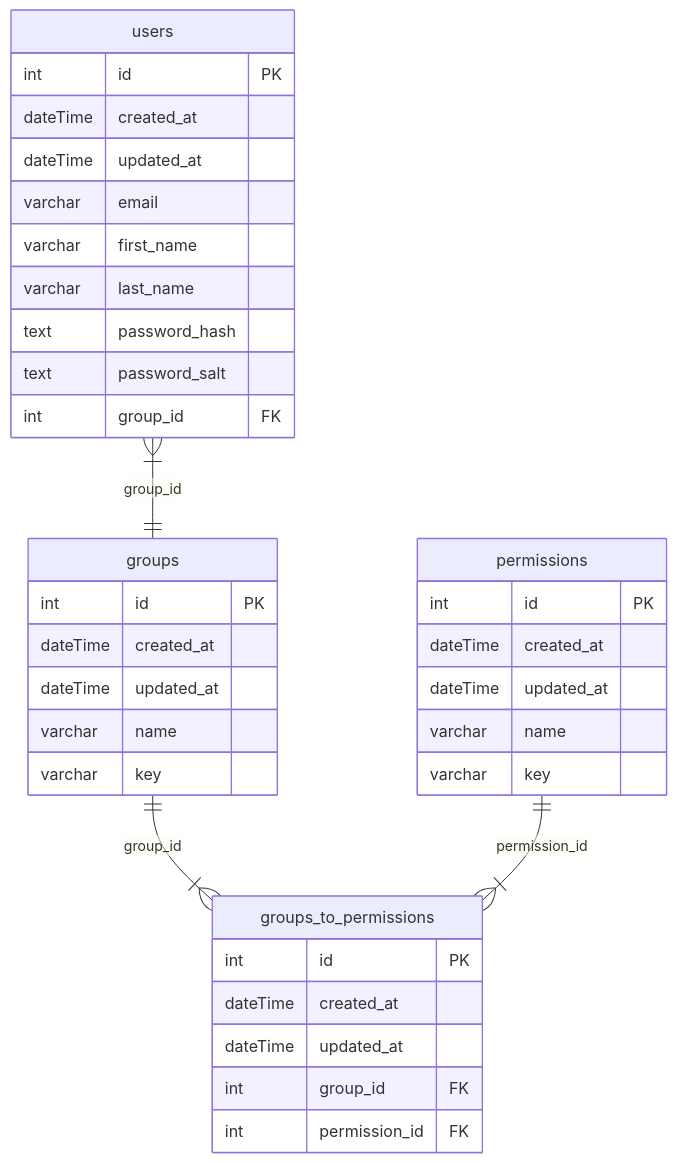
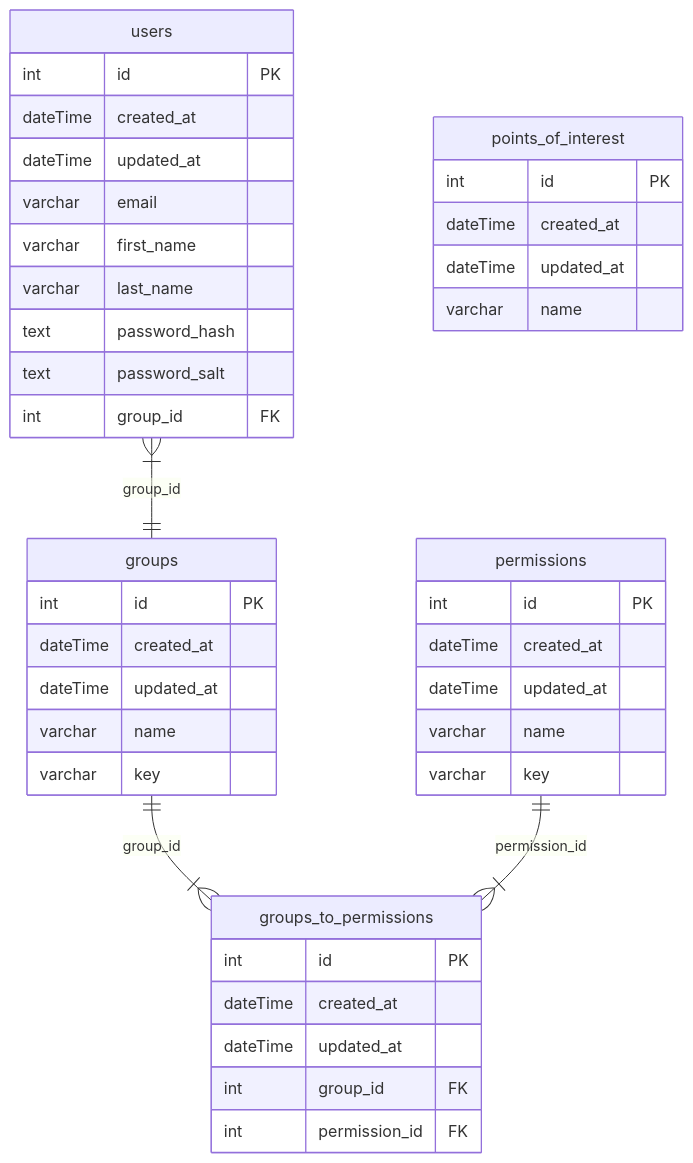
One commit to h4vefundieyoung/smartscapes changed the diagram in readme.md. Above: the diagram before and after it, drawn with Mermaid. The commit also changed 35 other files, not shown here.

````diff
--- a/readme.md
+++ b/readme.md
@@ -30,43 +30,50 @@
 ```mermaid
 erDiagram
 
   users {
     int id PK
     dateTime created_at
     dateTime updated_at
     varchar email
     varchar first_name
     varchar last_name
     text password_hash
     text password_salt
     int group_id FK
   }
 
   groups {
     int id PK
     dateTime created_at
     dateTime updated_at
     varchar name
     varchar key
   }
 
  groups_to_permissions {
       int id PK
       dateTime created_at
       dateTime updated_at
       int group_id FK
       int permission_id FK
   }
 
   permissions {
       int id PK
       dateTime created_at
       dateTime updated_at
       varchar name
       varchar key
   }
 
+  points_of_interest {
+    int id PK
+    dateTime created_at
+    dateTime updated_at
+    varchar name
+  }
+
   users }|--|| groups : group_id
   groups ||--|{ groups_to_permissions : group_id
   permissions ||--|{ groups_to_permissions : permission_id
 ```
````
